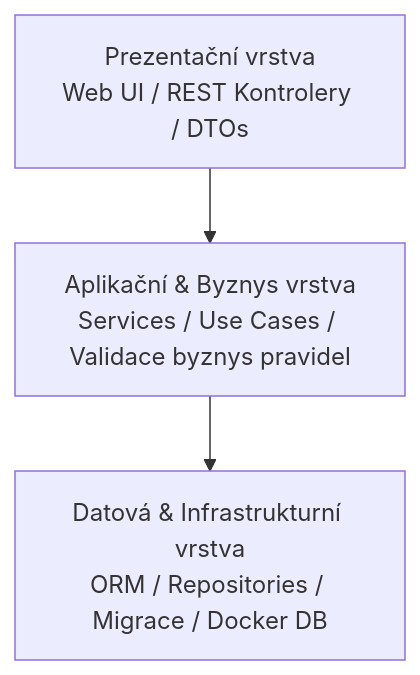
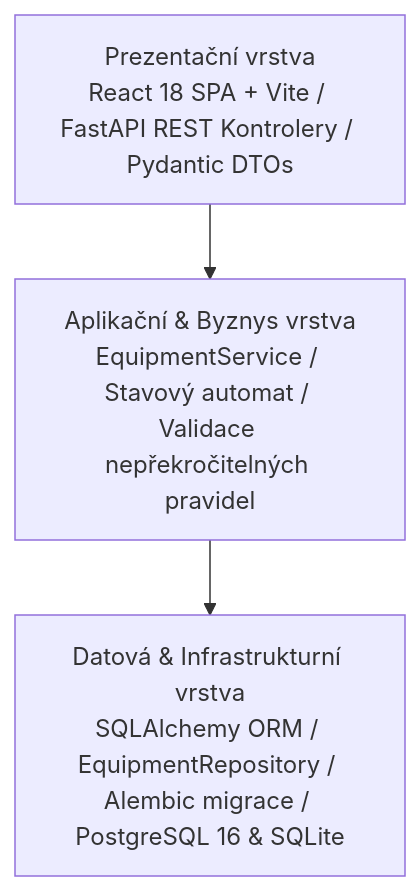
The first of 3 diagrams in README.md (BaspelOp/ppro-project), drawn with Mermaid before and after one commit. The commit also changed other lines of this file and 54 other files, not shown here.

````diff
--- a/README.md
+++ b/README.md
@@ -236,9 +236,9 @@
 ```mermaid
 graph TD
-    UI[Prezentační vrstva<br/>Web UI / REST Kontrolery / DTOs]
-    APP[Aplikační & Byznys vrstva<br/>Services / Use Cases / Validace byznys pravidel]
-    DATA[Datová & Infrastrukturní vrstva<br/>ORM / Repositories / Migrace / Docker DB]
+    UI[Prezentační vrstva<br/>React 18 SPA + Vite / FastAPI REST Kontrolery / Pydantic DTOs]
+    APP[Aplikační & Byznys vrstva<br/>EquipmentService / Stavový automat / Validace nepřekročitelných pravidel]
+    DATA[Datová & Infrastrukturní vrstva<br/>SQLAlchemy ORM / EquipmentRepository / Alembic migrace / PostgreSQL 16 & SQLite]
 
     UI --> APP
     APP --> DATA
 ```
````
